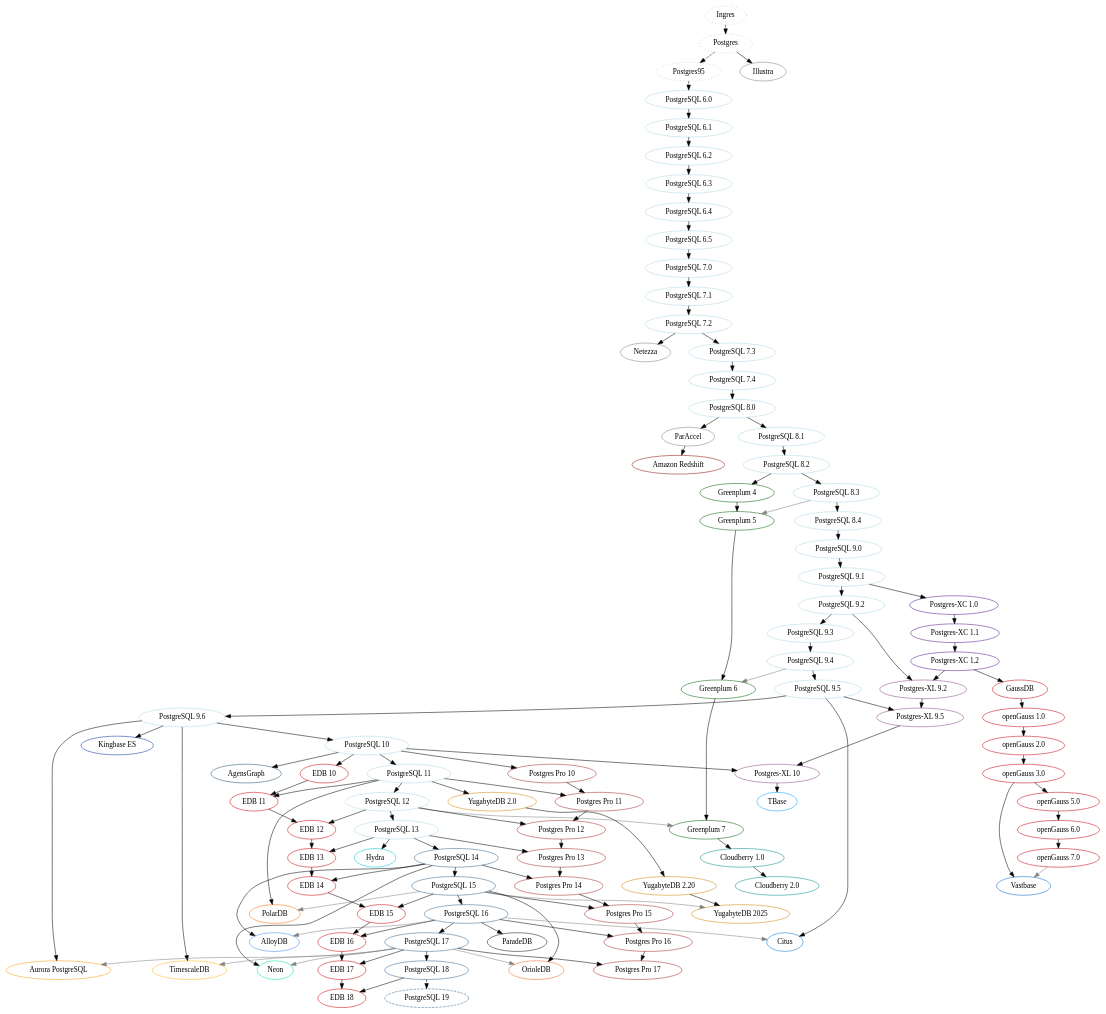
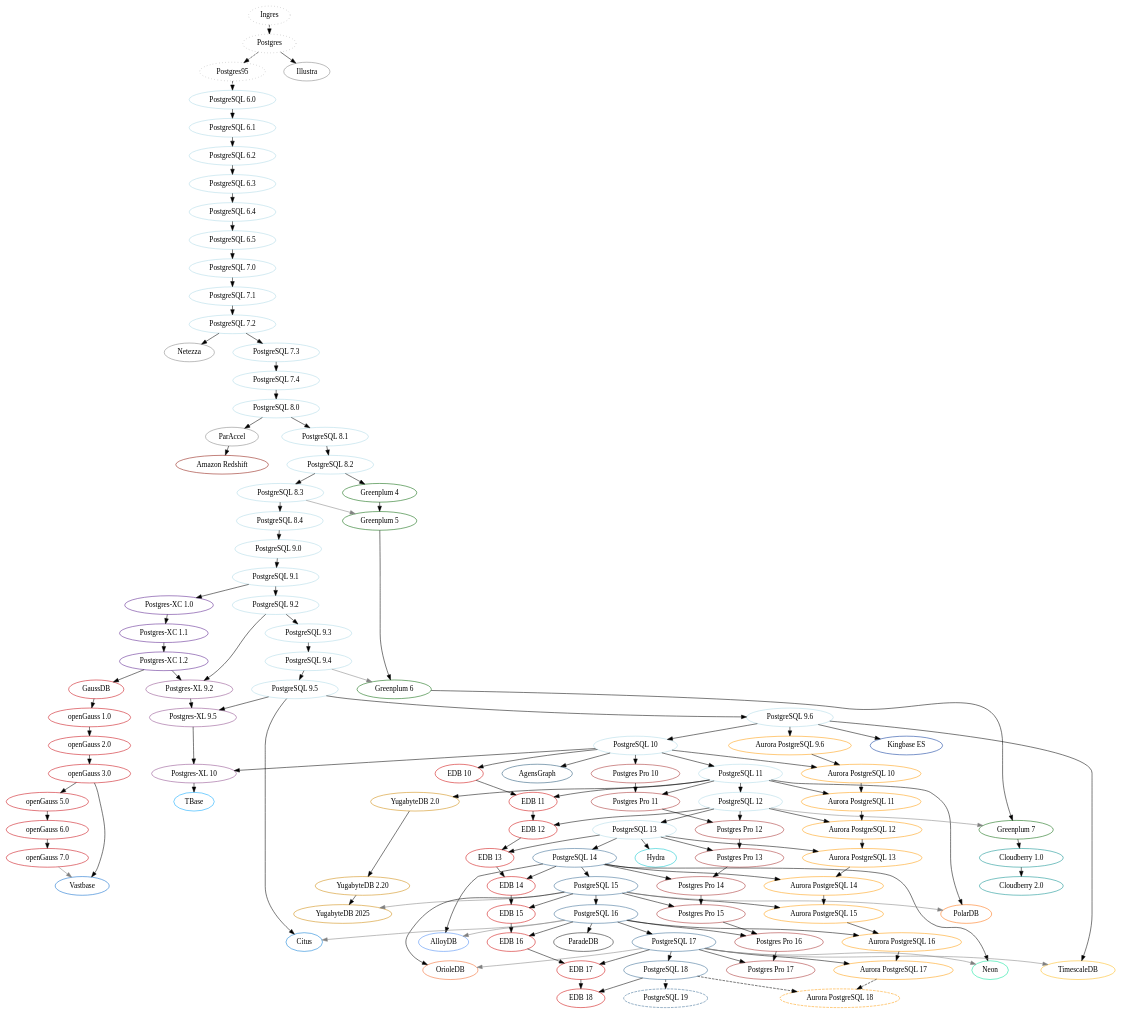
One commit to dveeden/mysql-history-graph changed the diagram in postgres-history-graph.dot. Above: the diagram before and after it, drawn with Graphviz. The commit also changed 2 other files, not shown here.

Commit message:
Expand Aurora PostgreSQL into per-version nodes
Replace the single Aurora PostgreSQL node with one node per major
version (9.6 through 17 GA, plus 18 in preview), each rebased onto
the matching community PostgreSQL release. Mirrors the pattern used
for EDB and Postgres Pro.

```diff
--- a/postgres-history-graph.dot
+++ b/postgres-history-graph.dot
@@ -242,9 +242,35 @@
 	"PostgreSQL 15"   -> "YugabyteDB 2025" [color="grey"]; // query-layer rebase
 
 	/* Amazon Aurora PostgreSQL - managed, custom storage layer */
-	"Aurora PostgreSQL" [color="#FF9900"];
-	"PostgreSQL 9.6" -> "Aurora PostgreSQL"; // launched 2017 on PG 9.6
-	"PostgreSQL 17"  -> "Aurora PostgreSQL" [color="grey"]; // tracks mainline
+	"Aurora PostgreSQL 9.6" [color="#FF9900"];
+	"Aurora PostgreSQL 10"  [color="#FF9900"];
+	"Aurora PostgreSQL 11"  [color="#FF9900"];
+	"Aurora PostgreSQL 12"  [color="#FF9900"];
+	"Aurora PostgreSQL 13"  [color="#FF9900"];
+	"Aurora PostgreSQL 14"  [color="#FF9900"];
+	"Aurora PostgreSQL 15"  [color="#FF9900"];
+	"Aurora PostgreSQL 16"  [color="#FF9900"];
+	"Aurora PostgreSQL 17"  [color="#FF9900"];
+	"Aurora PostgreSQL 18"  [color="#FF9900", style="dashed"]; // preview
+	"PostgreSQL 9.6"        -> "Aurora PostgreSQL 9.6"; // launched 2017 on PG 9.6
+	"Aurora PostgreSQL 9.6" -> "Aurora PostgreSQL 10";
+	"PostgreSQL 10"         -> "Aurora PostgreSQL 10";
+	"Aurora PostgreSQL 10"  -> "Aurora PostgreSQL 11";
+	"PostgreSQL 11"         -> "Aurora PostgreSQL 11";
+	"Aurora PostgreSQL 11"  -> "Aurora PostgreSQL 12";
+	"PostgreSQL 12"         -> "Aurora PostgreSQL 12";
+	"Aurora PostgreSQL 12"  -> "Aurora PostgreSQL 13";
+	"PostgreSQL 13"         -> "Aurora PostgreSQL 13";
+	"Aurora PostgreSQL 13"  -> "Aurora PostgreSQL 14";
+	"PostgreSQL 14"         -> "Aurora PostgreSQL 14";
+	"Aurora PostgreSQL 14"  -> "Aurora PostgreSQL 15";
+	"PostgreSQL 15"         -> "Aurora PostgreSQL 15";
+	"Aurora PostgreSQL 15"  -> "Aurora PostgreSQL 16";
+	"PostgreSQL 16"         -> "Aurora PostgreSQL 16";
+	"Aurora PostgreSQL 16"  -> "Aurora PostgreSQL 17";
+	"PostgreSQL 17"         -> "Aurora PostgreSQL 17";
+	"Aurora PostgreSQL 17"  -> "Aurora PostgreSQL 18" [style="dashed"];
+	"PostgreSQL 18"         -> "Aurora PostgreSQL 18" [style="dashed"];
 
 	/* Google AlloyDB for PostgreSQL */
 	"AlloyDB" [color="#4285F4"];
```
